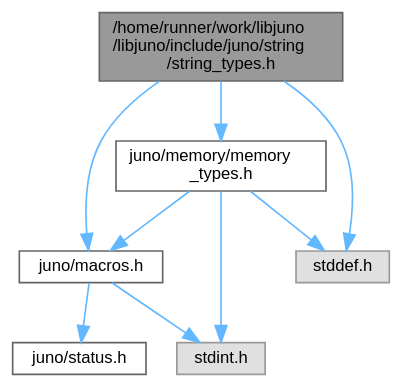
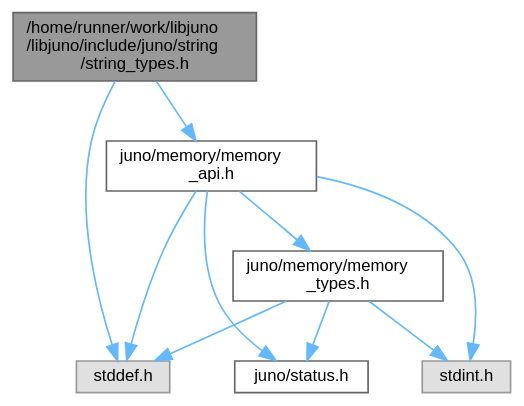
The diagram in string__types_8h__incl.dot (robinonsay/libjuno), drawn with Graphviz before and after one commit. The commit also changed 164 other files, not shown here.

```diff
--- a/string__types_8h__incl.dot
+++ b/string__types_8h__incl.dot
@@ -1,21 +1,22 @@
 digraph "/home/runner/work/libjuno/libjuno/include/juno/string/string_types.h"
 {
  // LATEX_PDF_SIZE
   bgcolor="transparent";
   edge [fontname=Helvetica,fontsize=10,labelfontname=Helvetica,labelfontsize=10];
   node [fontname=Helvetica,fontsize=10,shape=box,height=0.2,width=0.4];
   Node1 [id="Node000001",label="/home/runner/work/libjuno\l/libjuno/include/juno/string\l/string_types.h",height=0.2,width=0.4,color="gray40", fillcolor="grey60", style="filled", fontcolor="black",tooltip=" "];
   Node1 -> Node2 [id="edge1_Node000001_Node000002",color="steelblue1",style="solid",tooltip=" "];
-  Node2 [id="Node000002",label="juno/macros.h",height=0.2,width=0.4,color="grey40", fillcolor="white", style="filled",URL="$macros_8h.html",tooltip=" "];
+  Node2 [id="Node000002",label="juno/memory/memory\l_api.h",height=0.2,width=0.4,color="grey40", fillcolor="white", style="filled",URL="$memory__api_8h.html",tooltip=" "];
   Node2 -> Node3 [id="edge2_Node000002_Node000003",color="steelblue1",style="solid",tooltip=" "];
   Node3 [id="Node000003",label="juno/status.h",height=0.2,width=0.4,color="grey40", fillcolor="white", style="filled",URL="$status_8h.html",tooltip=" "];
   Node2 -> Node4 [id="edge3_Node000002_Node000004",color="steelblue1",style="solid",tooltip=" "];
-  Node4 [id="Node000004",label="stdint.h",height=0.2,width=0.4,color="grey60", fillcolor="#E0E0E0", style="filled",tooltip=" "];
-  Node1 -> Node5 [id="edge4_Node000001_Node000005",color="steelblue1",style="solid",tooltip=" "];
-  Node5 [id="Node000005",label="juno/memory/memory\l_types.h",height=0.2,width=0.4,color="grey40", fillcolor="white", style="filled",URL="$memory__types_8h.html",tooltip=" "];
-  Node5 -> Node2 [id="edge5_Node000005_Node000002",color="steelblue1",style="solid",tooltip=" "];
-  Node5 -> Node6 [id="edge6_Node000005_Node000006",color="steelblue1",style="solid",tooltip=" "];
-  Node6 [id="Node000006",label="stddef.h",height=0.2,width=0.4,color="grey60", fillcolor="#E0E0E0", style="filled",tooltip=" "];
-  Node5 -> Node4 [id="edge7_Node000005_Node000004",color="steelblue1",style="solid",tooltip=" "];
-  Node1 -> Node6 [id="edge8_Node000001_Node000006",color="steelblue1",style="solid",tooltip=" "];
+  Node4 [id="Node000004",label="stddef.h",height=0.2,width=0.4,color="grey60", fillcolor="#E0E0E0", style="filled",tooltip=" "];
+  Node2 -> Node5 [id="edge4_Node000002_Node000005",color="steelblue1",style="solid",tooltip=" "];
+  Node5 [id="Node000005",label="stdint.h",height=0.2,width=0.4,color="grey60", fillcolor="#E0E0E0", style="filled",tooltip=" "];
+  Node2 -> Node6 [id="edge5_Node000002_Node000006",color="steelblue1",style="solid",tooltip=" "];
+  Node6 [id="Node000006",label="juno/memory/memory\l_types.h",height=0.2,width=0.4,color="grey40", fillcolor="white", style="filled",URL="$memory__types_8h.html",tooltip=" "];
+  Node6 -> Node4 [id="edge6_Node000006_Node000004",color="steelblue1",style="solid",tooltip=" "];
+  Node6 -> Node5 [id="edge7_Node000006_Node000005",color="steelblue1",style="solid",tooltip=" "];
+  Node6 -> Node3 [id="edge8_Node000006_Node000003",color="steelblue1",style="solid",tooltip=" "];
+  Node1 -> Node4 [id="edge9_Node000001_Node000004",color="steelblue1",style="solid",tooltip=" "];
 }
```
